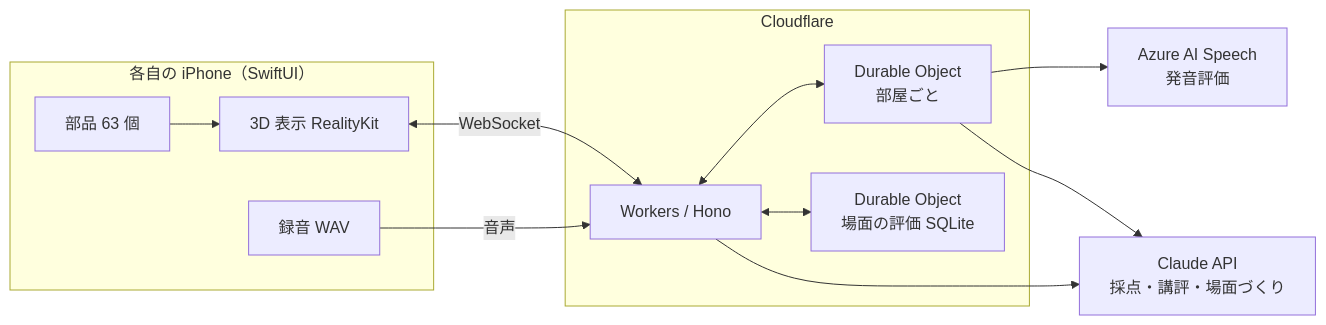
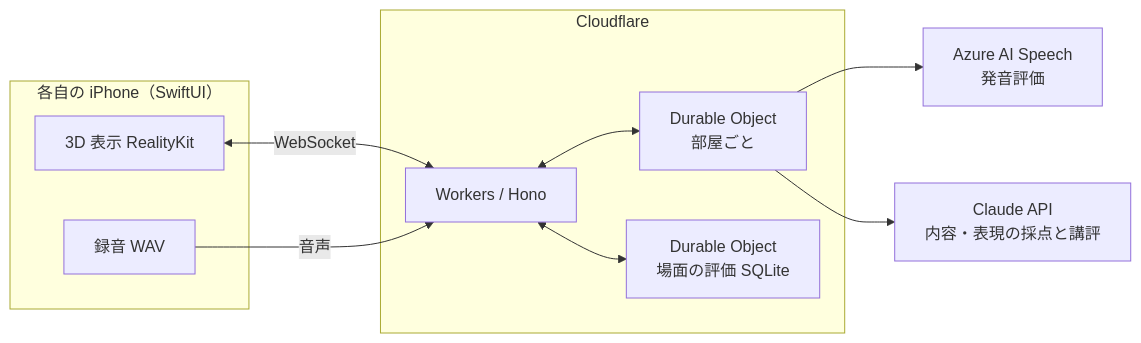
One commit to jphacks/ng_2622 changed the diagram in README.md. Above: the diagram before and after it, drawn with Mermaid. The commit also changed other lines of this file and 1 other file, not shown here.

````diff
--- a/README.md
+++ b/README.md
@@ -142,23 +150,20 @@
 ```mermaid
 flowchart LR
   subgraph iPhone[各自の iPhone（SwiftUI）]
     UI[3D 表示 RealityKit]
     Rec[録音 WAV]
-    Parts[部品 63 個]
   end
   subgraph CF[Cloudflare]
     W[Workers / Hono]
     R[Durable Object<br>部屋ごと]
     S[Durable Object<br>場面の評価 SQLite]
   end
   Az[Azure AI Speech<br>発音評価]
-  Cl[Claude API<br>採点・講評・場面づくり]
+  Cl[Claude API<br>内容・表現の採点と講評]
   UI <-->|WebSocket| W
   Rec -->|音声| W
-  Parts --> UI
   W <--> R
   W <--> S
   R --> Az
   R --> Cl
-  W --> Cl
 ```
````
